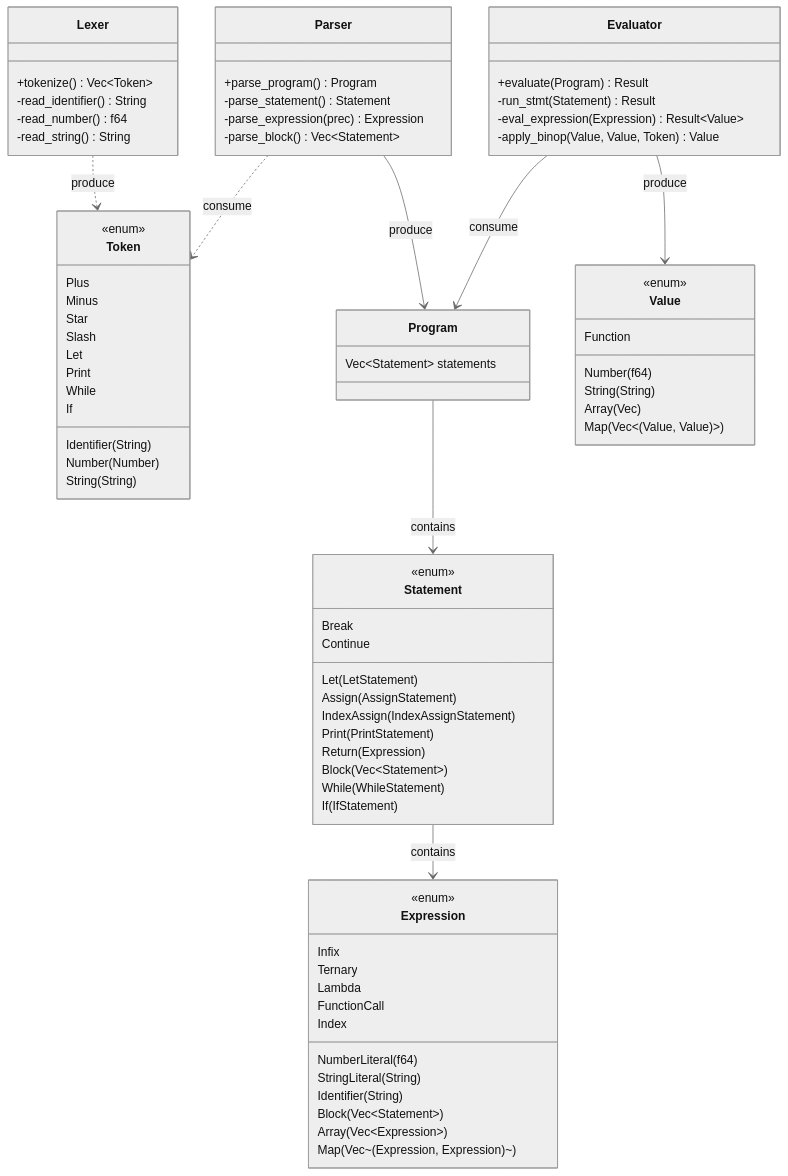
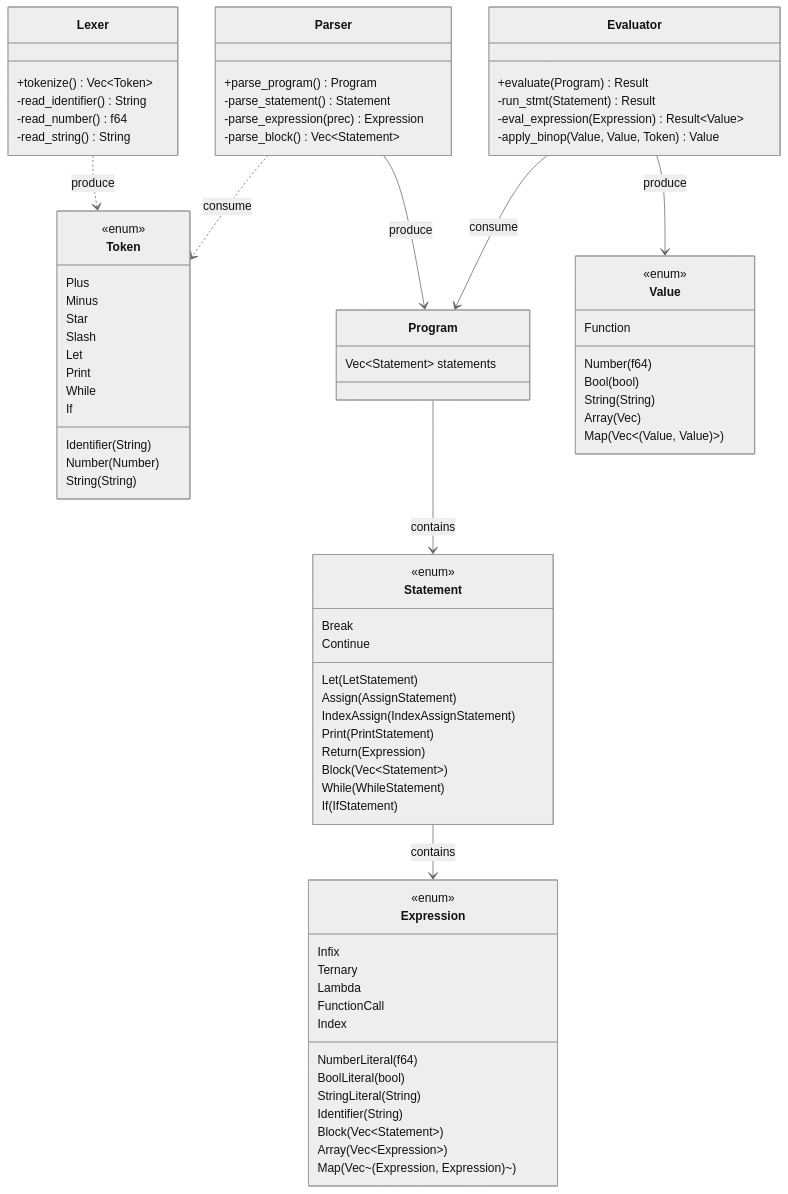
The second of 2 diagrams in README.md (aratan/hacklang), drawn with Mermaid (neutral theme) before and after one commit. The commit also changed other lines of this file, not shown here.

```diff
--- a/README.md
+++ b/README.md
@@ -63,6 +63,7 @@
     class Expression {
         <<enum>>
         NumberLiteral(f64)
+        BoolLiteral(bool)
         StringLiteral(String)
         Identifier(String)
         Infix
@@ -83,6 +84,7 @@
     class Value {
         <<enum>>
         Number(f64)
+        Bool(bool)
         String(String)
         Array(Vec<Value>)
         Map(Vec<(Value, Value)>)
```
